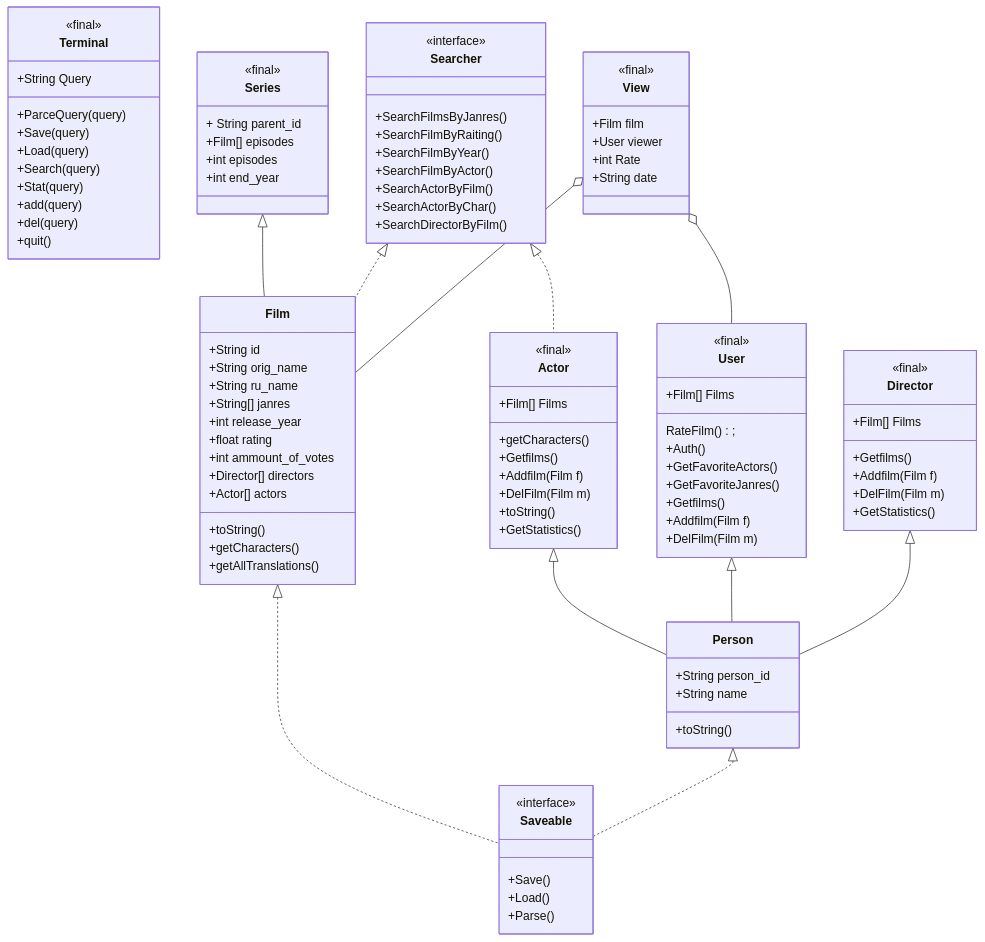
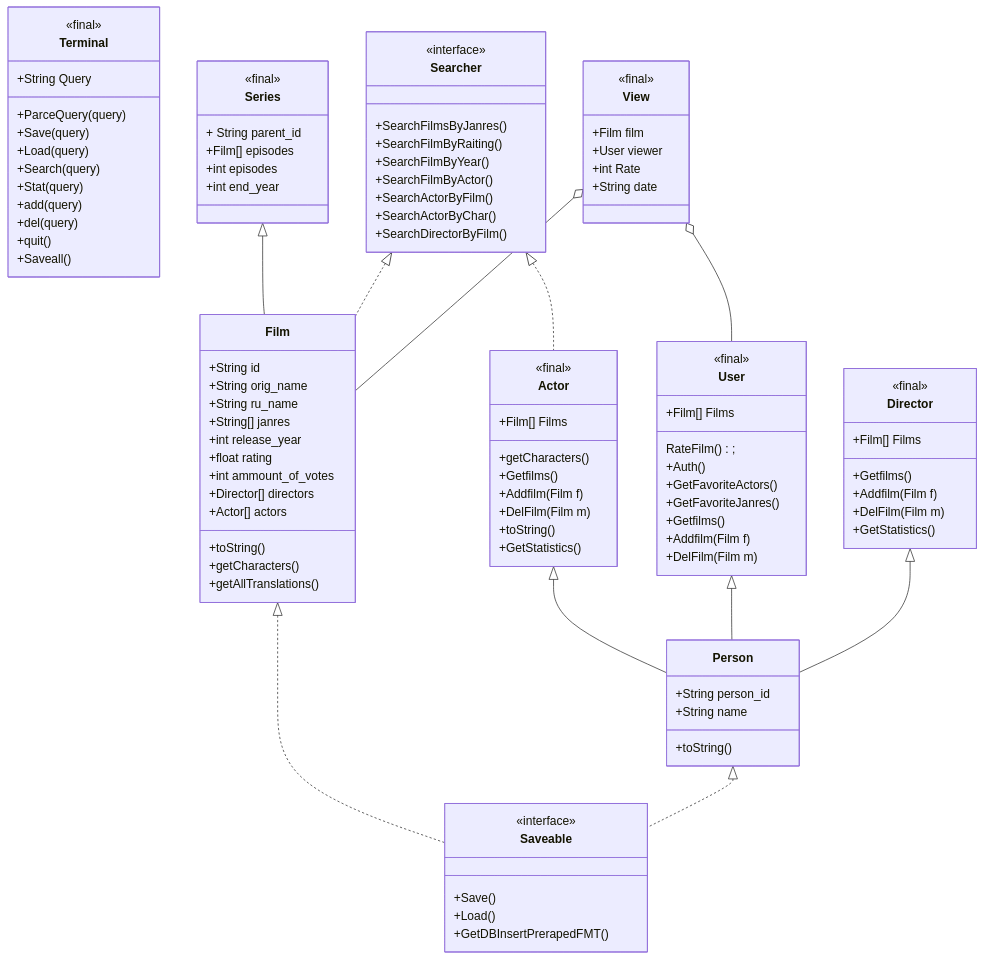
The diagram in Java_OOP/Monastyrskiy/Java_project/docs/structure.md (mmonastyrskiy/Programming_3_sem), drawn with Mermaid before and after one commit.

```diff
--- a/Java_OOP/Monastyrskiy/Java_project/docs/structure.md
+++ b/Java_OOP/Monastyrskiy/Java_project/docs/structure.md
@@ -15,6 +15,7 @@
     +add(query)
     +del(query)
     +quit()
+    +Saveall()
     
     }
     
@@ -87,7 +88,7 @@
     <<interface>>
     +Save()
     +Load()
-    +Parse()
+    +GetDBInsertPrerapedFMT()
     }
     
     class Searcher{
```
